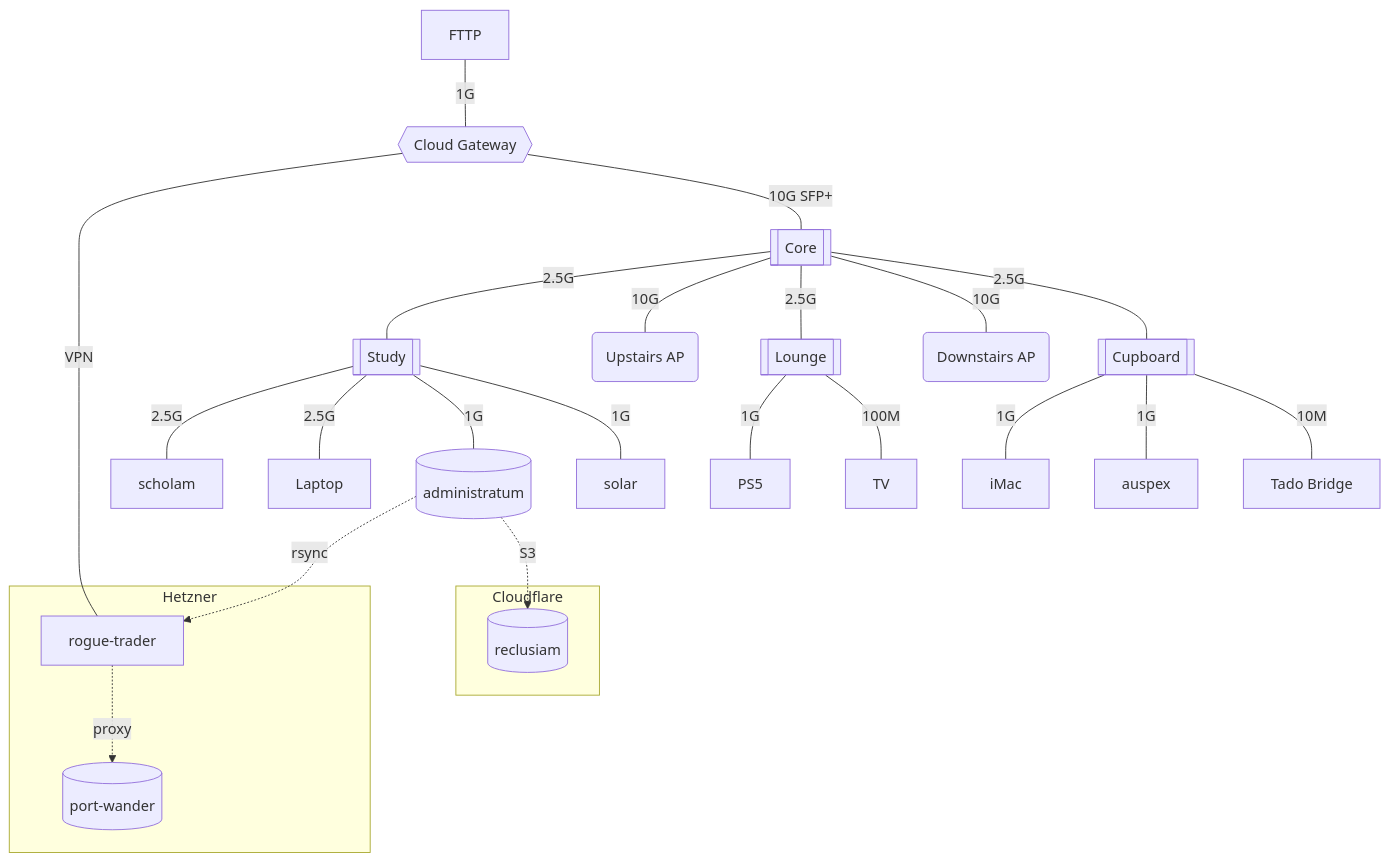
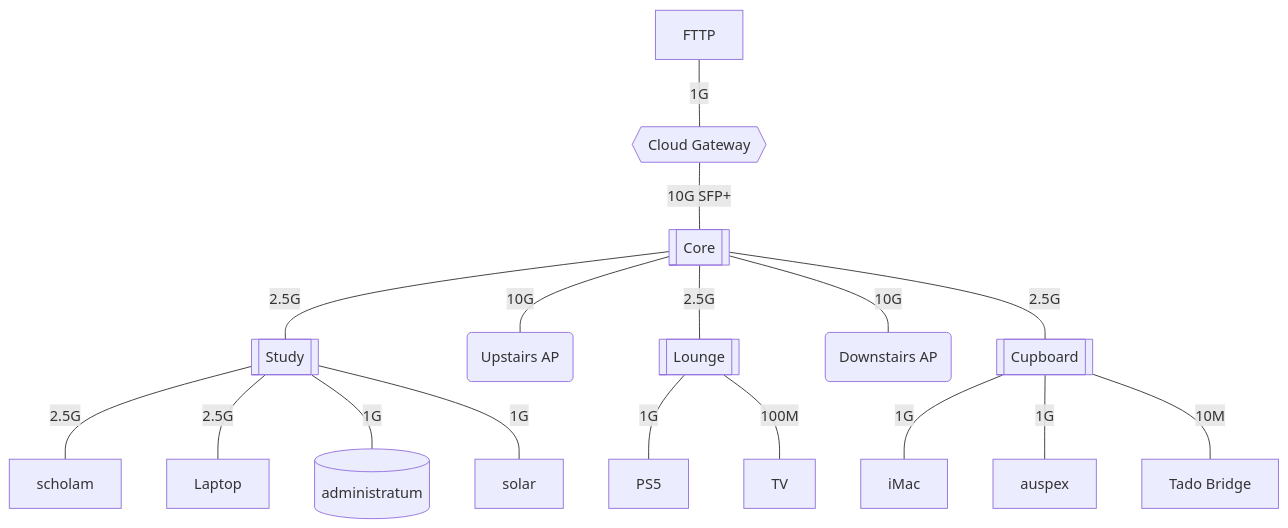
Before and after one commit to jedimasterjonny/lex-imperialis: the first of 2 diagrams in README.md, drawn with Mermaid.

Commit message:
docs: split the network diagram into house and beyond
Claude-Session: https://claude.ai/code/session_018u7qPAr4uxreZQC7Dwfxkt

````diff
--- a/README.md
+++ b/README.md
@@ -54,38 +54,23 @@
 ```mermaid
 flowchart TD
   fttp[FTTP] ---|1G| gw{{Cloud Gateway}}
-
-  subgraph Hetzner
-    rogue[rogue-trader]
-    pw[(port-wander)]
-  end
-
-  subgraph Cloudflare
-    reclusiam[(reclusiam)]
-  end
-
-  gw ---|VPN| rogue
   gw ---|10G SFP+| core[[Core]]
 
   core ---|2.5G| study[[Study]]
   core ---|10G| apu(Upstairs AP)
   core ---|2.5G| lounge[[Lounge]]
   core ---|10G| apd(Downstairs AP)
   core ---|2.5G| cupboard[[Cupboard]]
 
   study ---|2.5G| scholam[scholam]
   study ---|2.5G| laptop[Laptop]
   study ---|1G| nas[(administratum)]
   study ---|1G| solar[solar]
 
   lounge ---|1G| ps5[PS5]
   lounge ---|100M| tv[TV]
 
   cupboard ---|1G| imac[iMac]
   cupboard ---|1G| auspex[auspex]
   cupboard ---|10M| tado[Tado Bridge]
-
-  nas -.->|rsync| rogue
-  nas -.->|S3| reclusiam
-  rogue -.->|proxy| pw
 ```
````
